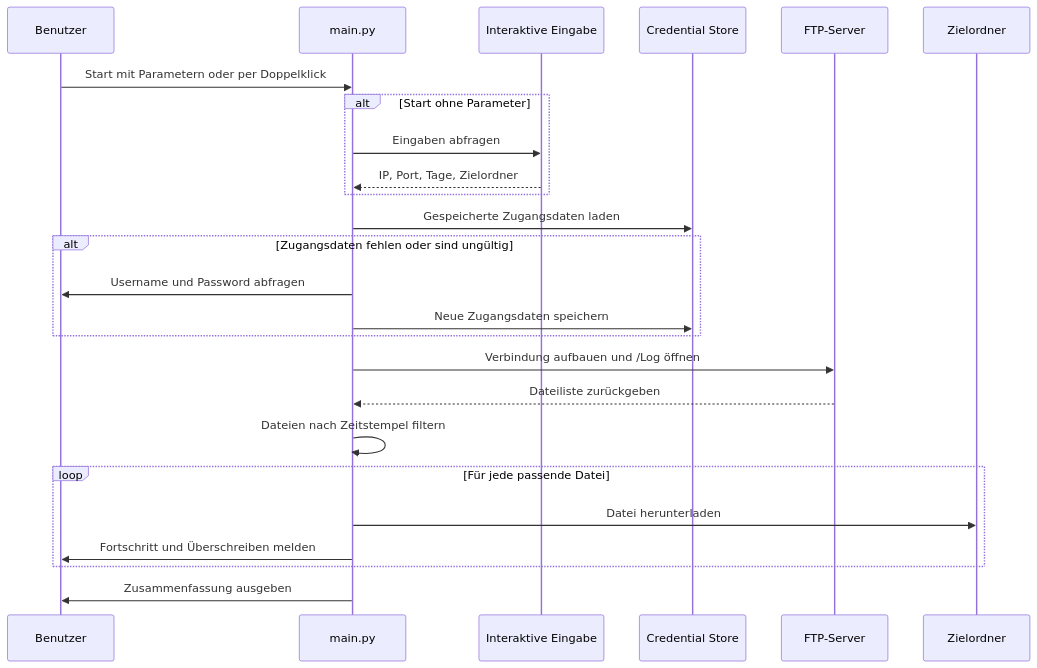
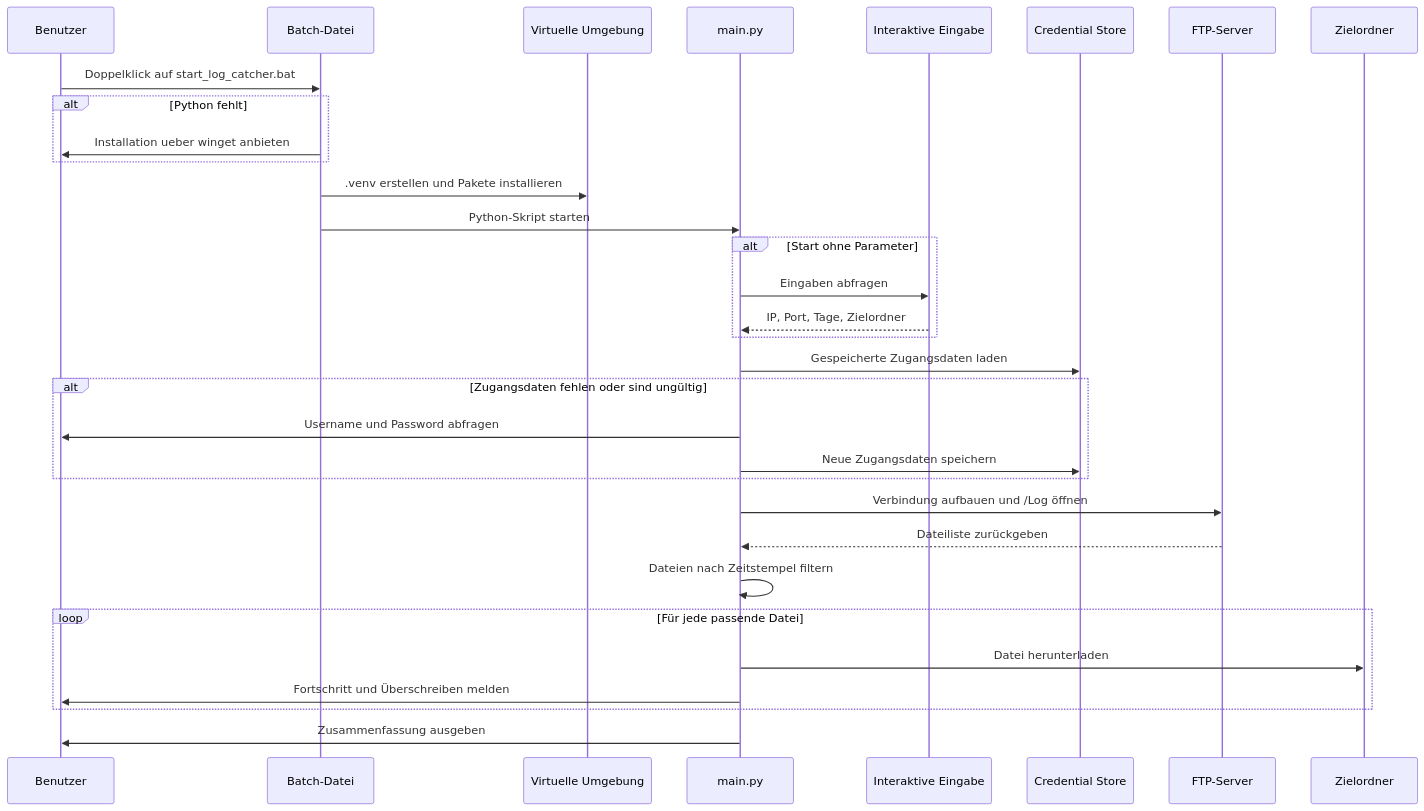
One commit to CKosAxsol/wstechLogCatcher changed the diagram in docs/flows/ftp-log-download.md. Above: the diagram before and after it, drawn with Mermaid. The commit also changed 7 other files, not shown here.

````diff
--- a/docs/flows/ftp-log-download.md
+++ b/docs/flows/ftp-log-download.md
@@ -3,28 +3,35 @@
 ```mermaid
 sequenceDiagram
   participant U as Benutzer
+  participant B as Batch-Datei
+  participant V as Virtuelle Umgebung
   participant M as main.py
   participant I as Interaktive Eingabe
   participant S as Credential Store
   participant F as FTP-Server
   participant D as Zielordner
 
-  U->>M: Start mit Parametern oder per Doppelklick
+  U->>B: Doppelklick auf start_log_catcher.bat
+  alt Python fehlt
+    B->>U: Installation ueber winget anbieten
+  end
+  B->>V: .venv erstellen und Pakete installieren
+  B->>M: Python-Skript starten
   alt Start ohne Parameter
     M->>I: Eingaben abfragen
     I-->>M: IP, Port, Tage, Zielordner
   end
   M->>S: Gespeicherte Zugangsdaten laden
   alt Zugangsdaten fehlen oder sind ungültig
     M->>U: Username und Password abfragen
     M->>S: Neue Zugangsdaten speichern
   end
   M->>F: Verbindung aufbauen und /Log öffnen
   F-->>M: Dateiliste zurückgeben
   M->>M: Dateien nach Zeitstempel filtern
   loop Für jede passende Datei
     M->>D: Datei herunterladen
     M->>U: Fortschritt und Überschreiben melden
   end
   M->>U: Zusammenfassung ausgeben
 ```
````
